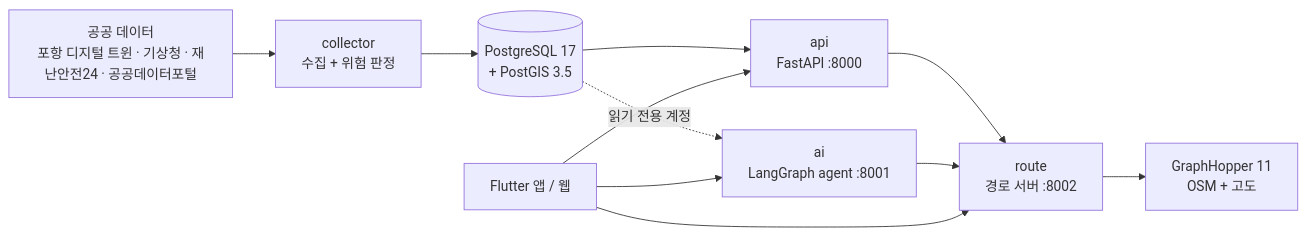
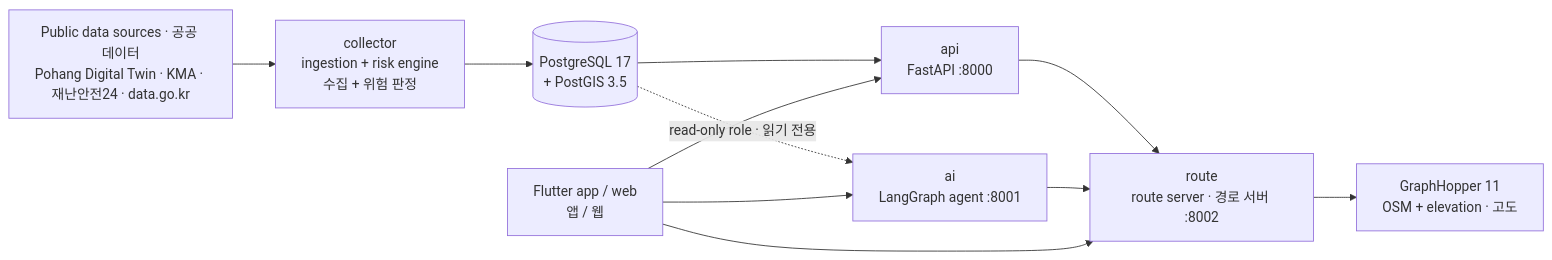
The first of 2 diagrams in README.md (kimking73/guryongpo-safety-agent), drawn with Mermaid before and after one commit. The commit also changed other lines of this file and 3 other files, not shown here.

````diff
--- a/README.md
+++ b/README.md
@@ -34,13 +39,13 @@
 ```mermaid
 flowchart LR
-    SRC[공공 데이터<br/>포항 디지털 트윈 · 기상청 · 재난안전24 · 공공데이터포털] --> COL[collector<br/>수집 + 위험 판정]
+    SRC[Public data sources · 공공 데이터<br/>Pohang Digital Twin · KMA · 재난안전24 · data.go.kr] --> COL[collector<br/>ingestion + risk engine<br/>수집 + 위험 판정]
     COL --> DB[(PostgreSQL 17<br/>+ PostGIS 3.5)]
     DB --> API[api<br/>FastAPI :8000]
-    DB -. 읽기 전용 계정 .-> AI[ai<br/>LangGraph agent :8001]
-    API --> ROUTE[route<br/>경로 서버 :8002]
-    ROUTE --> GH[GraphHopper 11<br/>OSM + 고도]
+    DB -. read-only role · 읽기 전용 .-> AI[ai<br/>LangGraph agent :8001]
+    API --> ROUTE[route<br/>route server · 경로 서버 :8002]
+    ROUTE --> GH[GraphHopper 11<br/>OSM + elevation · 고도]
     AI --> ROUTE
-    APP[Flutter 앱 / 웹] --> API
+    APP[Flutter app / web<br/>앱 / 웹] --> API
     APP --> AI
     APP --> ROUTE
 ```
````
